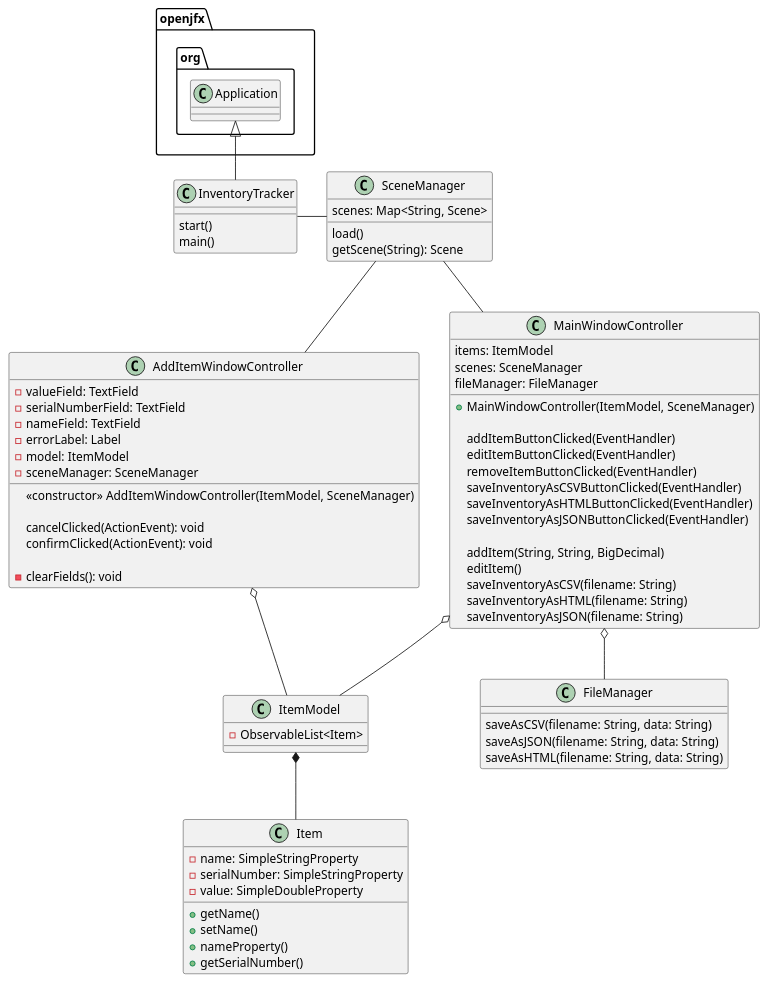
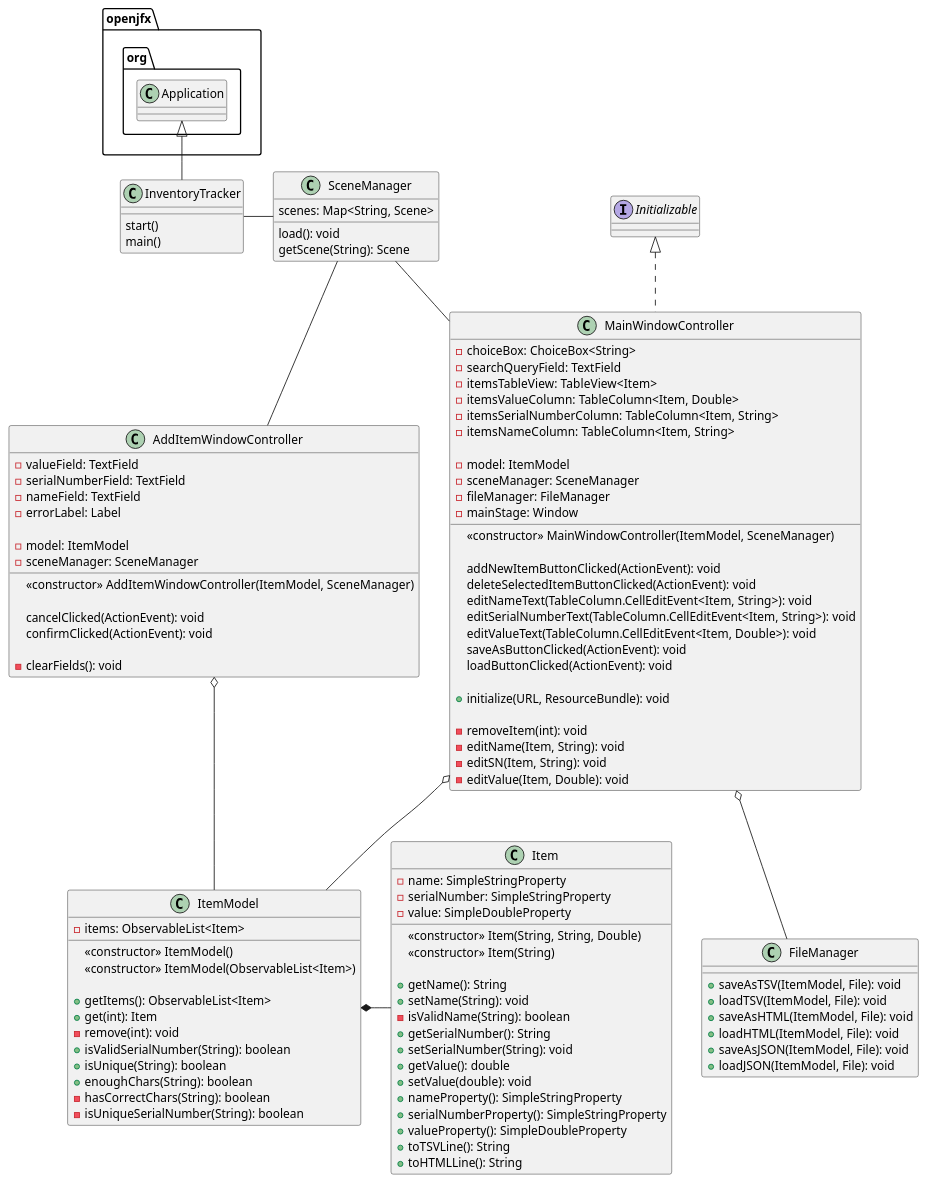
One commit to GSabiniPanini/Assignment5 changed the diagram in uml/Assignment5.puml. Above: the diagram before and after it, drawn with PlantUML. The commit also changed 4 other files, not shown here.

```diff
--- a/uml/Assignment5.puml
+++ b/uml/Assignment5.puml
@@ -1,81 +1,119 @@
 @startuml
 
 class InventoryTracker {
     start()
     main()
 }
 
 class SceneManager {
     scenes: Map<String, Scene>
 
-    load()
+    load(): void
     getScene(String): Scene
 }
 
-class MainWindowController {
-    items: ItemModel
-    scenes: SceneManager
-    fileManager: FileManager
+class MainWindowController implements Initializable {
+    - choiceBox: ChoiceBox<String>
+    - searchQueryField: TextField
+    - itemsTableView: TableView<Item>
+    - itemsValueColumn: TableColumn<Item, Double>
+    - itemsSerialNumberColumn: TableColumn<Item, String>
+    - itemsNameColumn: TableColumn<Item, String>
 
-    + MainWindowController(ItemModel, SceneManager)
+    - model: ItemModel
+    - sceneManager: SceneManager
+    - fileManager: FileManager
+    - mainStage: Window
 
-    addItemButtonClicked(EventHandler)
-    editItemButtonClicked(EventHandler)
-    removeItemButtonClicked(EventHandler)
-    saveInventoryAsCSVButtonClicked(EventHandler)
-    saveInventoryAsHTMLButtonClicked(EventHandler)
-    saveInventoryAsJSONButtonClicked(EventHandler)
+    <<constructor>> MainWindowController(ItemModel, SceneManager)
 
-    addItem(String, String, BigDecimal)
-    editItem()
-    saveInventoryAsCSV(filename: String)
-    saveInventoryAsHTML(filename: String)
-    saveInventoryAsJSON(filename: String)
+    addNewItemButtonClicked(ActionEvent): void
+    deleteSelectedItemButtonClicked(ActionEvent): void
+    editNameText(TableColumn.CellEditEvent<Item, String>): void
+    editSerialNumberText(TableColumn.CellEditEvent<Item, String>): void
+    editValueText(TableColumn.CellEditEvent<Item, Double>): void
+    saveAsButtonClicked(ActionEvent): void
+    loadButtonClicked(ActionEvent): void
+
+    + initialize(URL, ResourceBundle): void
+
+    - removeItem(int): void
+    - editName(Item, String): void
+    - editSN(Item, String): void
+    - editValue(Item, Double): void
+
 }
 
 class AddItemWindowController {
     - valueField: TextField
     - serialNumberField: TextField
     - nameField: TextField
     - errorLabel: Label
+
     - model: ItemModel
     - sceneManager: SceneManager
 
     <<constructor>> AddItemWindowController(ItemModel, SceneManager)
 
     cancelClicked(ActionEvent): void
     confirmClicked(ActionEvent): void
 
     - clearFields(): void
 }
 
 class ItemModel {
-    - ObservableList<Item>
+    - items: ObservableList<Item>
+
+    <<constructor>> ItemModel()
+    <<constructor>> ItemModel(ObservableList<Item>)
+
+    + getItems(): ObservableList<Item>
+    + get(int): Item
+    - remove(int): void
+    + isValidSerialNumber(String): boolean
+    + isUnique(String): boolean
+    + enoughChars(String): boolean
+    - hasCorrectChars(String): boolean
+    - isUniqueSerialNumber(String): boolean
 }
 
 class Item {
     - name: SimpleStringProperty
     - serialNumber: SimpleStringProperty
     - value: SimpleDoubleProperty
 
-    + getName()
-    + setName()
-    + nameProperty()
-    + getSerialNumber()
+    <<constructor>> Item(String, String, Double)
+    <<constructor>> Item(String)
+
+    + getName(): String
+    + setName(String): void
+    - isValidName(String): boolean
+    + getSerialNumber(): String
+    + setSerialNumber(String): void
+    + getValue(): double
+    + setValue(double): void
+    + nameProperty(): SimpleStringProperty
+    + serialNumberProperty(): SimpleStringProperty
+    + valueProperty(): SimpleDoubleProperty
+    + toTSVLine(): String
+    + toHTMLLine(): String
 }
 
 class FileManager {
-    saveAsCSV(filename: String, data: String)
-    saveAsJSON(filename: String, data: String)
-    saveAsHTML(filename: String, data: String)
+    + saveAsTSV(ItemModel, File): void
+    + loadTSV(ItemModel, File): void
+    + saveAsHTML(ItemModel, File): void
+    + loadHTML(ItemModel, File): void
+    + saveAsJSON(ItemModel, File): void
+    + loadJSON(ItemModel, File): void
 }
 
 openjfx.org.Application <|-- InventoryTracker
 InventoryTracker - SceneManager
 SceneManager -- MainWindowController
 SceneManager -- AddItemWindowController
 MainWindowController o-- ItemModel
 AddItemWindowController o-- ItemModel
-ItemModel *-- Item
+ItemModel *- Item
 MainWindowController o-- FileManager
 @enduml
```
